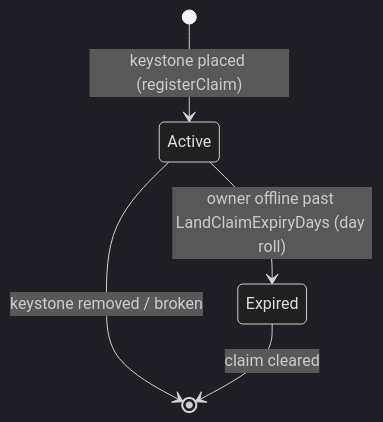
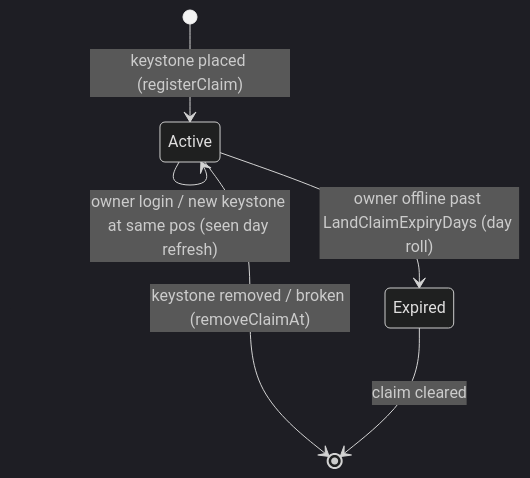
One commit to hordeforge/zdtd-server changed diagram 15 of 21 in docs/STATE_MACHINES.md. Above: the diagram before and after it, drawn with Mermaid (dark theme). The commit also changed other lines of this file and 2 other files, not shown here.

````diff
--- a/docs/STATE_MACHINES.md
+++ b/docs/STATE_MACHINES.md
@@ -379,7 +385,8 @@
 ```mermaid
 stateDiagram-v2
     [*] --> Active: keystone placed (registerClaim)
+    Active --> Active: owner login / new keystone at same pos (seen day refresh)
     Active --> Expired: owner offline past LandClaimExpiryDays (day roll)
-    Active --> [*]: keystone removed / broken
+    Active --> [*]: keystone removed / broken (removeClaimAt)
     Expired --> [*]: claim cleared
 ```
````
